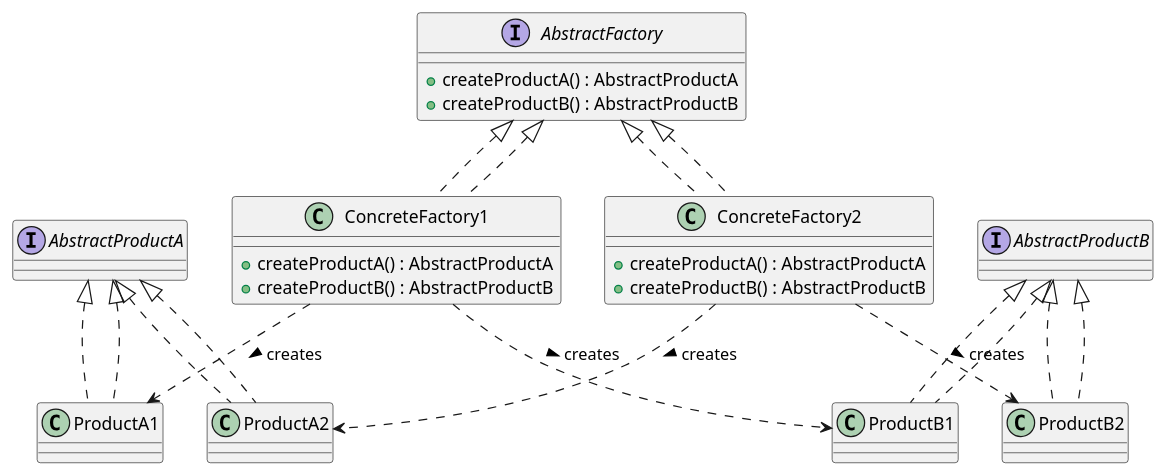
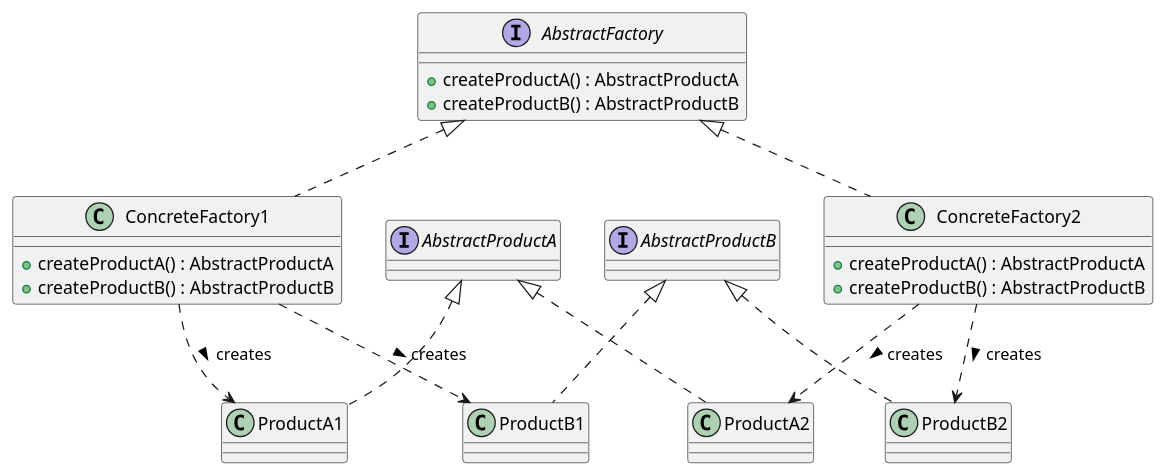
Before and after one commit to Gabriel-SoftwareAG/DesignPatterns: the diagram in Patterns/Manuscript/manuscript/plantUml/abstract_factory_class_diagram.plantuml, drawn with PlantUML. The commit also changed 24 other files, not shown here.

Commit message:
fix class diagrams

```diff
--- a/Patterns/Manuscript/manuscript/plantUml/abstract_factory_class_diagram.plantuml
+++ b/Patterns/Manuscript/manuscript/plantUml/abstract_factory_class_diagram.plantuml
@@ -1,50 +1,44 @@
 @startuml AbstractFactoryPatternClassDiagram
 
 ' Abstract Factory
 interface AbstractFactory {
   +createProductA() : AbstractProductA
   +createProductB() : AbstractProductB
 }
 
 ' Concrete Factories
 class ConcreteFactory1 implements AbstractFactory {
   +createProductA() : AbstractProductA
   +createProductB() : AbstractProductB
 }
 class ConcreteFactory2 implements AbstractFactory {
   +createProductA() : AbstractProductA
   +createProductB() : AbstractProductB
 }
 
 ' Abstract Products
 interface AbstractProductA {
 }
 
 interface AbstractProductB {
 }
 
 ' Concrete Products for Factory 1
 class ProductA1 implements AbstractProductA {
 }
 class ProductB1 implements AbstractProductB {
 }
 
 ' Concrete Products for Factory 2
 class ProductA2 implements AbstractProductA {
 }
 class ProductB2 implements AbstractProductB {
 }
 
 ' Relations
-AbstractFactory <|.. ConcreteFactory1
-AbstractFactory <|.. ConcreteFactory2
-AbstractProductA <|.. ProductA1
-AbstractProductA <|.. ProductA2
-AbstractProductB <|.. ProductB1
-AbstractProductB <|.. ProductB2
 ConcreteFactory1 ..> ProductA1 : creates >
 ConcreteFactory1 ..> ProductB1 : creates >
 ConcreteFactory2 ..> ProductA2 : creates >
 ConcreteFactory2 ..> ProductB2 : creates >
 
 @enduml
```
